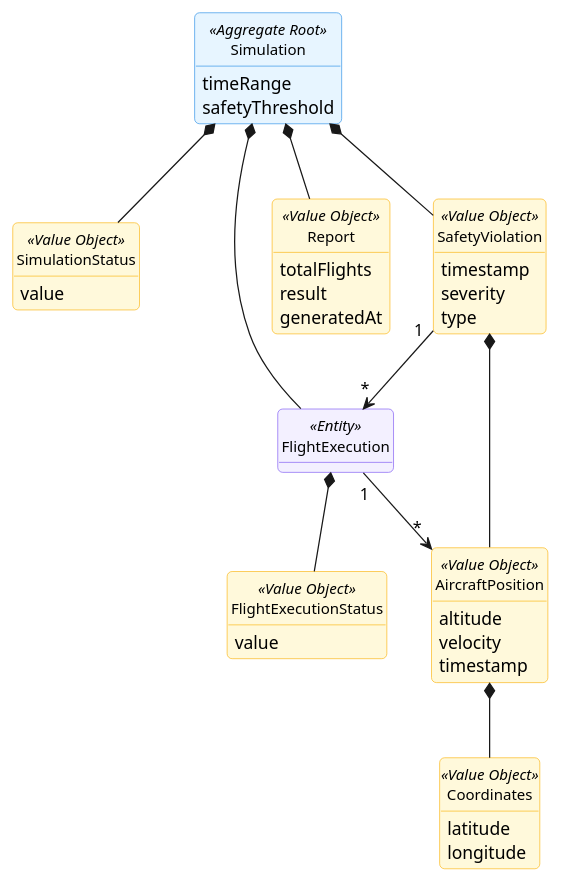
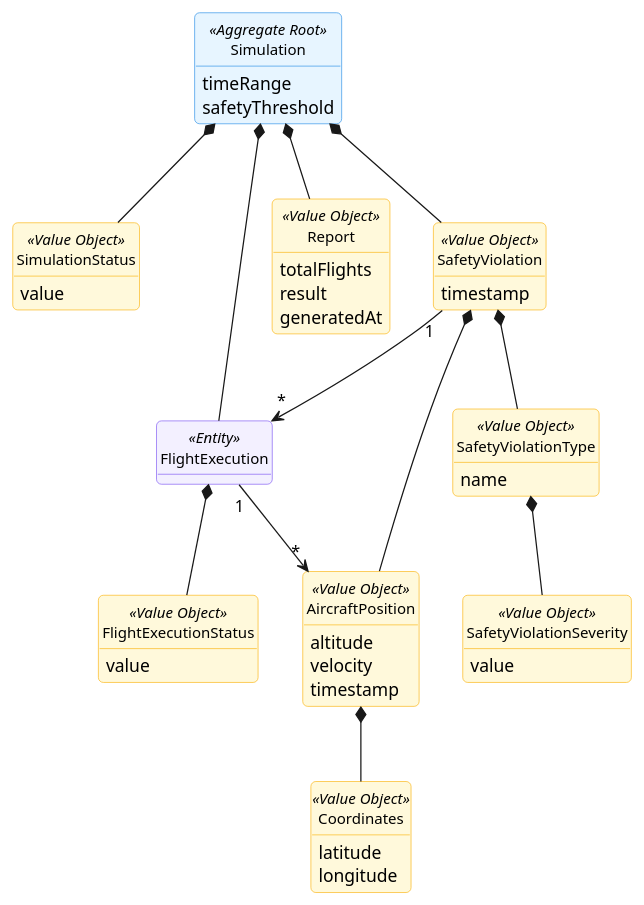
The diagram in docs/global-artifacts/02.analysis/puml/Aggregates/SimulationAggregate.puml (GustavoFerreira24/flight-management-platform), drawn with PlantUML before and after one commit. The commit also changed 2 other files, not shown here.

```diff
--- a/docs/global-artifacts/02.analysis/puml/Aggregates/SimulationAggregate.puml
+++ b/docs/global-artifacts/02.analysis/puml/Aggregates/SimulationAggregate.puml
@@ -1,80 +1,91 @@
 @startuml
 skinparam {
     BackgroundColor white
     RoundCorner 8
     Shadowing false
     Handwritten false
     ClassAttributeIconSize 0
     PackageStyle frame
 
     PackageBackgroundColor #F8F9FA
     PackageBorderColor #ADB5BD
 
     ClassBackgroundColor white
     ClassBorderColor #495057
     ClassFontSize 12
 
     ClassBackgroundColor<<Aggregate Root>> #E7F5FF
     ClassBorderColor<<Aggregate Root>> #228BE6
 
     ClassBackgroundColor<<Value Object>> #FFF9DB
     ClassBorderColor<<Value Object>> #FAB005
 
     ClassBackgroundColor<<Entity>> #F3F0FF
     ClassBorderColor<<Entity>> #7950F2
 }
 
 hide circle
 hide methods
 
 class Simulation <<Aggregate Root>> {
         timeRange
         safetyThreshold
 
     }
 
     class SimulationStatus <<Value Object>> {
         value
     }
 
     class FlightExecution <<Entity>> {
 
     }
 
     class FlightExecutionStatus <<Value Object>> {
         value
     }
 
     class Report <<Value Object>> {
         totalFlights
         result
         generatedAt
     }
 
     class SafetyViolation <<Value Object>> {
         timestamp
-        severity
-        type
     }
+
+    class SafetyViolationType <<Value Object>> {
+        name
+    }
+
+    class SafetyViolationSeverity <<Value Object>> {
+        value
+    }
+
 
     class AircraftPosition <<Value Object>> {
         altitude
         velocity
         timestamp
     }
     class Coordinates <<Value Object>> {
         latitude
         longitude
     }
 
     Simulation *-- Report
     Simulation *-- SafetyViolation
     Simulation *-- FlightExecution
     Simulation *-- SimulationStatus
     SafetyViolation *-- AircraftPosition
     SafetyViolation "1" --> "*" FlightExecution
     FlightExecution "1" --> "*" AircraftPosition
     AircraftPosition *-- Coordinates
     FlightExecution *-- FlightExecutionStatus
+    SafetyViolation *-- SafetyViolationType
+    SafetyViolationType *-- SafetyViolationSeverity
+
+
 
 @enduml
```
